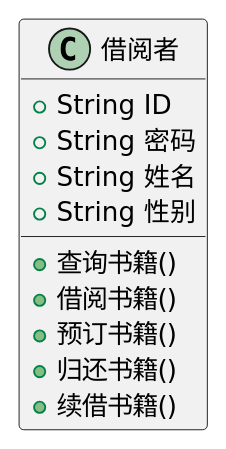
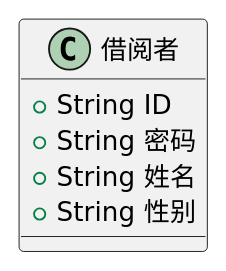
One commit to wenyuntian/is_analysis changed the diagram in test3/3.wsd. Above: the diagram before and after it, drawn with PlantUML. The commit also changed 14 other files, not shown here.

```diff
--- a/test3/3.wsd
+++ b/test3/3.wsd
@@ -1,13 +1,9 @@
 @startuml
 class 借阅者{
     +String  ID
     +String  密码
     +String  姓名
     +String  性别
-    +查询书籍()
-    +借阅书籍()
-    +预订书籍()
-    +归还书籍()
-    +续借书籍()
 }
+
 @enduml
```
